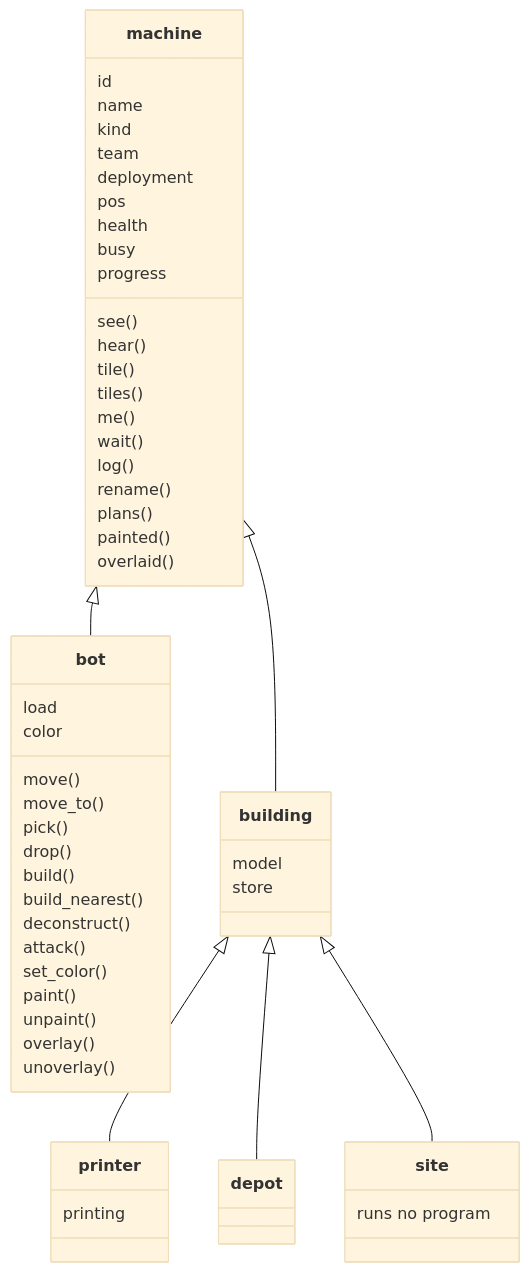
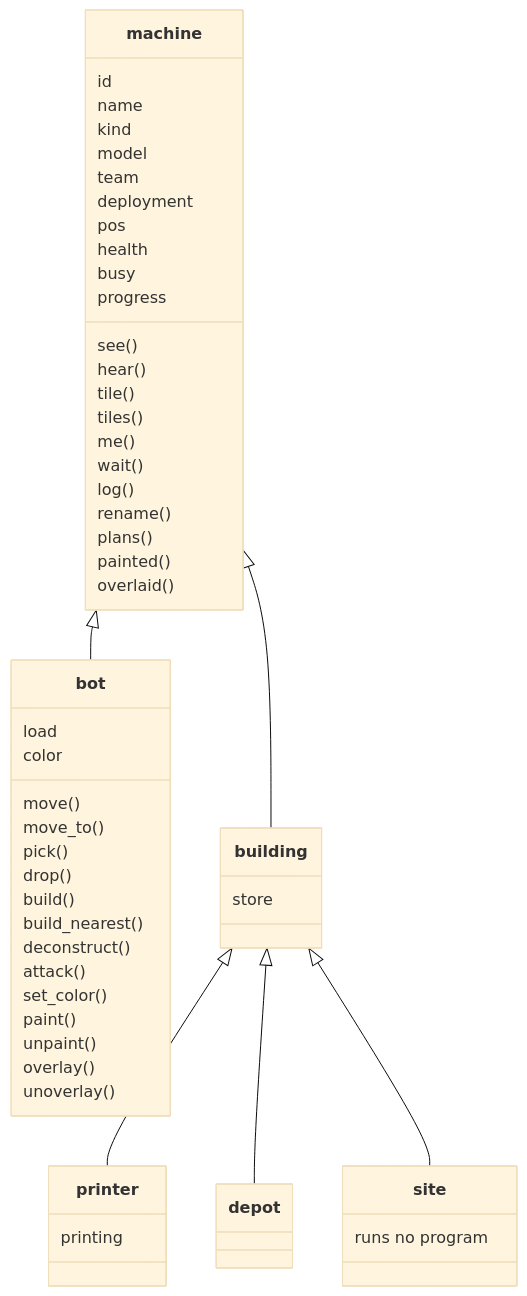
One commit to mmmtastymmm/programming-game-planned-2 changed the diagram in docs/02-machines.md. Above: the diagram before and after it, drawn with Mermaid (base theme). The commit also changed other lines of this file and 5 other files, not shown here.

````diff
--- a/docs/02-machines.md
+++ b/docs/02-machines.md
@@ -177,58 +177,58 @@
 ```mermaid
 classDiagram
   class machine {
     id
     name
     kind
+    model
     team
     deployment
     pos
     health
     busy
     progress
     see()
     hear()
     tile()
     tiles()
     me()
     wait()
     log()
     rename()
     plans()
     painted()
     overlaid()
   }
   class bot {
     load
     color
     move()
     move_to()
     pick()
     drop()
     build()
     build_nearest()
     deconstruct()
     attack()
     set_color()
     paint()
     unpaint()
     overlay()
     unoverlay()
   }
   class building {
-    model
     store
   }
   class printer {
     printing
   }
   class depot
   class site {
     runs no program
   }
   machine <|-- bot
   machine <|-- building
   building <|-- printer
   building <|-- depot
   building <|-- site
 ```
````
